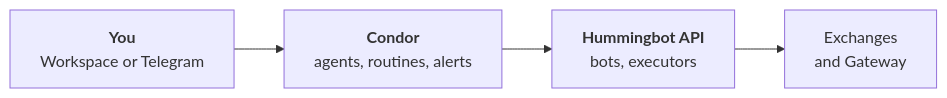
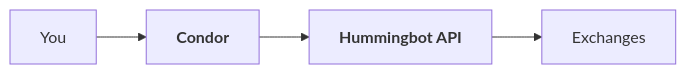
One commit to hummingbot/condor-docs changed the first of 2 diagrams in getting-started/installing.mdx. Above: the diagram before and after it, drawn with Mermaid. The commit also changed other lines of this file, not shown here.

Commit message:
Installing: shorter diagram labels so they render legibly

````diff
--- a/getting-started/installing.mdx
+++ b/getting-started/installing.mdx
@@ -10,4 +10,4 @@
 ```mermaid
 flowchart LR
-    You["<b>You</b><br/>Workspace or Telegram"] --> C["<b>Condor</b><br/>agents, routines, alerts"] --> API["<b>Hummingbot API</b><br/>bots, executors"] --> X["Exchanges<br/>and Gateway"]
+    You["You"] --> C["<b>Condor</b>"] --> API["<b>Hummingbot API</b>"] --> X["Exchanges"]
 ```
````
